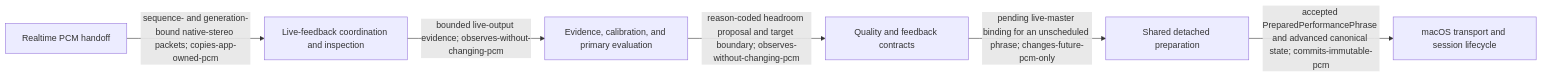
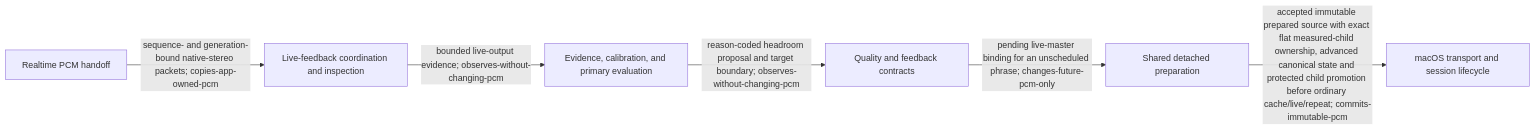
One commit to randomactions/auto-techno changed the sixth of 8 diagrams in docs/CODEBASE_MAP.md. Above: the diagram before and after it, drawn with Mermaid. The commit also changed other lines of this file and 10 other files, not shown here.

Commit message:
Consume protected measured successors through both host boundaries

````diff
--- a/docs/CODEBASE_MAP.md
+++ b/docs/CODEBASE_MAP.md
@@ -160,14 +160,14 @@
 ```mermaid
 flowchart LR
   n_live_pcm_feedback_and_future_correction0["Realtime PCM handoff"]
   n_live_pcm_feedback_and_future_correction1["Live-feedback coordination and inspection"]
   n_live_pcm_feedback_and_future_correction2["Evidence, calibration, and primary evaluation"]
   n_live_pcm_feedback_and_future_correction3["Quality and feedback contracts"]
   n_live_pcm_feedback_and_future_correction4["Shared detached preparation"]
   n_live_pcm_feedback_and_future_correction5["macOS transport and session lifecycle"]
   n_live_pcm_feedback_and_future_correction0 -- "sequence- and generation-bound native-stereo packets; copies-app-owned-pcm" --> n_live_pcm_feedback_and_future_correction1
   n_live_pcm_feedback_and_future_correction1 -- "bounded live-output evidence; observes-without-changing-pcm" --> n_live_pcm_feedback_and_future_correction2
   n_live_pcm_feedback_and_future_correction2 -- "reason-coded headroom proposal and target boundary; observes-without-changing-pcm" --> n_live_pcm_feedback_and_future_correction3
   n_live_pcm_feedback_and_future_correction3 -- "pending live-master binding for an unscheduled phrase; changes-future-pcm-only" --> n_live_pcm_feedback_and_future_correction4
-  n_live_pcm_feedback_and_future_correction4 -- "accepted PreparedPerformancePhrase and advanced canonical state; commits-immutable-pcm" --> n_live_pcm_feedback_and_future_correction5
+  n_live_pcm_feedback_and_future_correction4 -- "accepted immutable prepared source with exact flat measured-child ownership, advanced canonical state and protected child promotion before ordinary cache/live/repeat; commits-immutable-pcm" --> n_live_pcm_feedback_and_future_correction5
 ```
````
